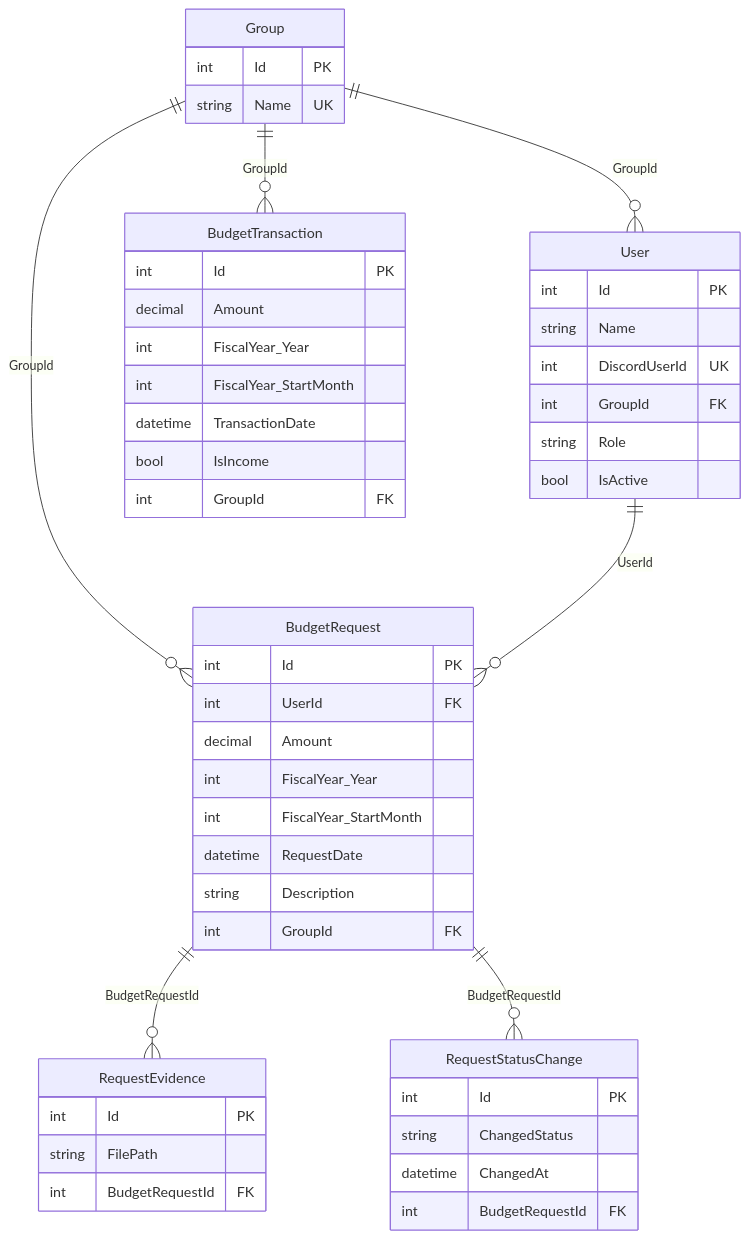
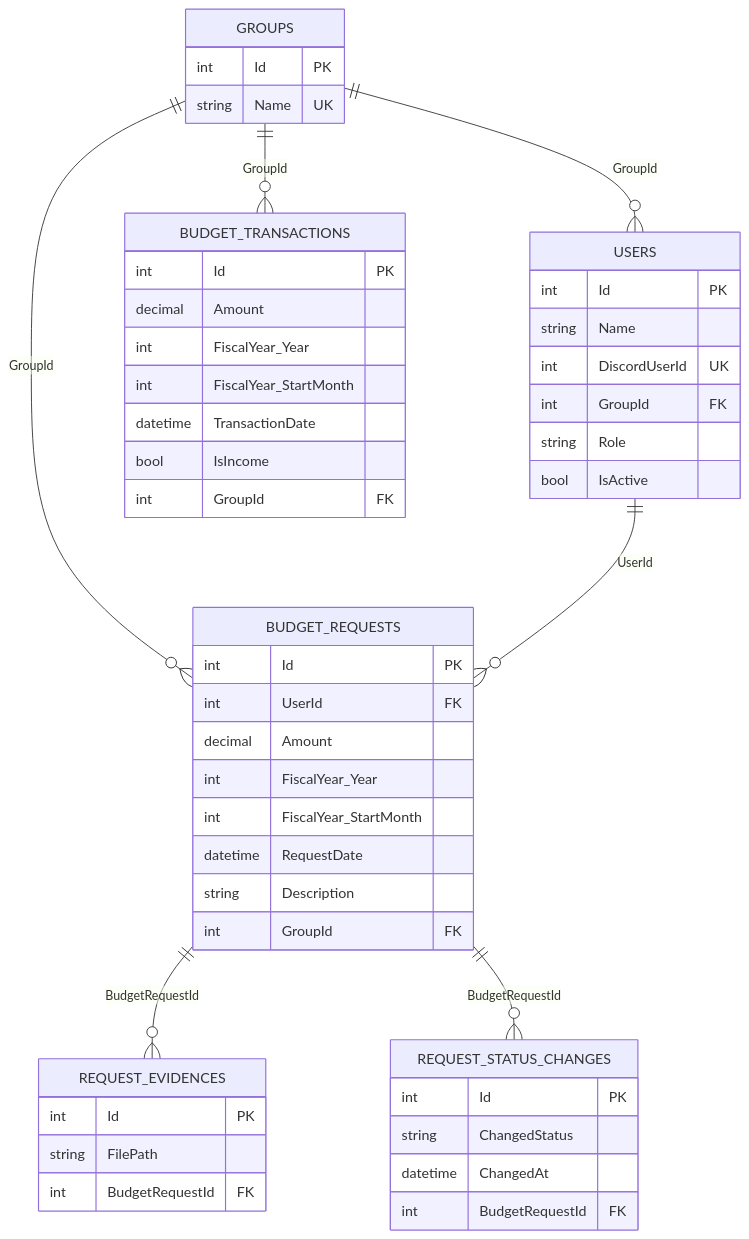
The first of 2 diagrams in README.md (CASru-IT/BudgetManagementBotSystem), drawn with Mermaid before and after one commit. The commit also changed other lines of this file, not shown here.

````diff
--- a/README.md
+++ b/README.md
@@ -170,57 +170,57 @@
 ```mermaid
 erDiagram
-  Group {
+    GROUPS ||--o{ USERS : GroupId
+    GROUPS ||--o{ BUDGET_TRANSACTIONS : GroupId
+    GROUPS ||--o{ BUDGET_REQUESTS : GroupId
+    USERS ||--o{ BUDGET_REQUESTS : UserId
+    BUDGET_REQUESTS ||--o{ REQUEST_EVIDENCES : BudgetRequestId
+    BUDGET_REQUESTS ||--o{ REQUEST_STATUS_CHANGES : BudgetRequestId
+
+    GROUPS {
         int Id PK
         string Name UK
     }
 
-  User {
+    USERS {
         int Id PK
         string Name
         int DiscordUserId UK
         int GroupId FK
         string Role
         bool IsActive
     }
 
-  BudgetRequest {
+    BUDGET_TRANSACTIONS {
+        int Id PK
+        decimal Amount
+        int FiscalYear_Year
+        int FiscalYear_StartMonth
+        datetime TransactionDate
+        bool IsIncome
+        int GroupId FK
+    }
+
+    BUDGET_REQUESTS {
         int Id PK
         int UserId FK
         decimal Amount
         int FiscalYear_Year
         int FiscalYear_StartMonth
         datetime RequestDate
         string Description
         int GroupId FK
     }
 
-    RequestEvidence {
+    REQUEST_EVIDENCES {
         int Id PK
         string FilePath
         int BudgetRequestId FK
     }
 
-    RequestStatusChange {
+    REQUEST_STATUS_CHANGES {
         int Id PK
         string ChangedStatus
         datetime ChangedAt
         int BudgetRequestId FK
     }
-
-    BudgetTransaction {
-      int Id PK
-      decimal Amount
-      int FiscalYear_Year
-      int FiscalYear_StartMonth
-      datetime TransactionDate
-      bool IsIncome
-      int GroupId FK
-    }
-
-    Group ||--o{ User : GroupId
-    Group ||--o{ BudgetRequest : GroupId
-    Group ||--o{ BudgetTransaction : GroupId
-    User ||--o{ BudgetRequest : UserId
-    BudgetRequest ||--o{ RequestEvidence : BudgetRequestId
-    BudgetRequest ||--o{ RequestStatusChange : BudgetRequestId
 ```
````
